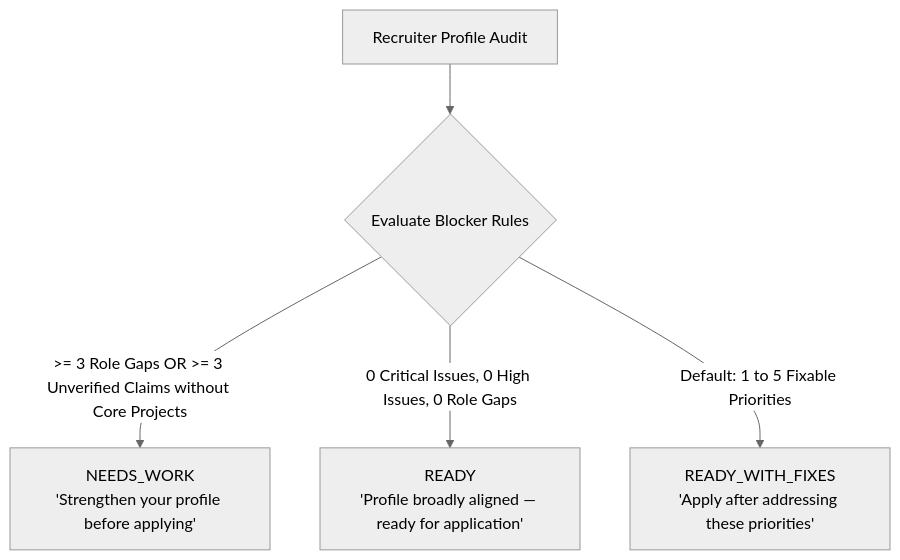
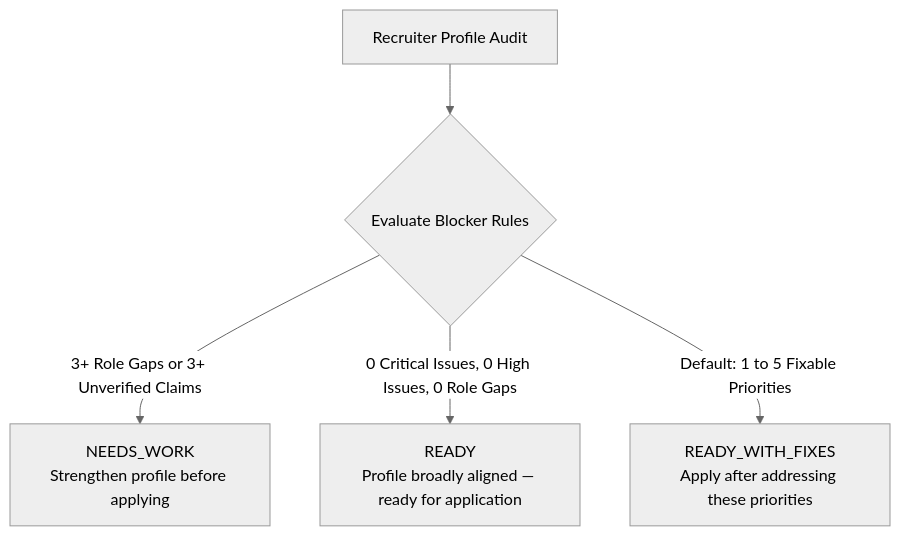
The fourth of 6 diagrams in README.md (Prajjwaltripathi20/GapCheck), drawn with Mermaid (neutral theme) before and after one commit. The commit also changed other lines of this file, not shown here.

Commit message:
fix(docs): fix Mermaid diagram syntax errors for GitHub rich display

````diff
--- a/README.md
+++ b/README.md
@@ -508,7 +508,7 @@
 ```mermaid
 flowchart TD
-    Audit[Recruiter Profile Audit] --> DecisionRule{Evaluate Blocker Rules}
-    DecisionRule -- ">= 3 Role Gaps OR >= 3 Unverified Claims without Core Projects" --> NeedsWork["NEEDS_WORK<br/>'Strengthen your profile before applying'"]
-    DecisionRule -- "0 Critical Issues, 0 High Issues, 0 Role Gaps" --> Ready["READY<br/>'Profile broadly aligned — ready for application'"]
-    DecisionRule -- "Default: 1 to 5 Fixable Priorities" --> ReadyWithFixes["READY_WITH_FIXES<br/>'Apply after addressing these priorities'"]
+    Audit["Recruiter Profile Audit"] --> DecisionRule{"Evaluate Blocker Rules"}
+    DecisionRule -- "3+ Role Gaps or 3+ Unverified Claims" --> NeedsWork["NEEDS_WORK<br/>Strengthen profile before applying"]
+    DecisionRule -- "0 Critical Issues, 0 High Issues, 0 Role Gaps" --> Ready["READY<br/>Profile broadly aligned — ready for application"]
+    DecisionRule -- "Default: 1 to 5 Fixable Priorities" --> ReadyWithFixes["READY_WITH_FIXES<br/>Apply after addressing these priorities"]
 ```
````
